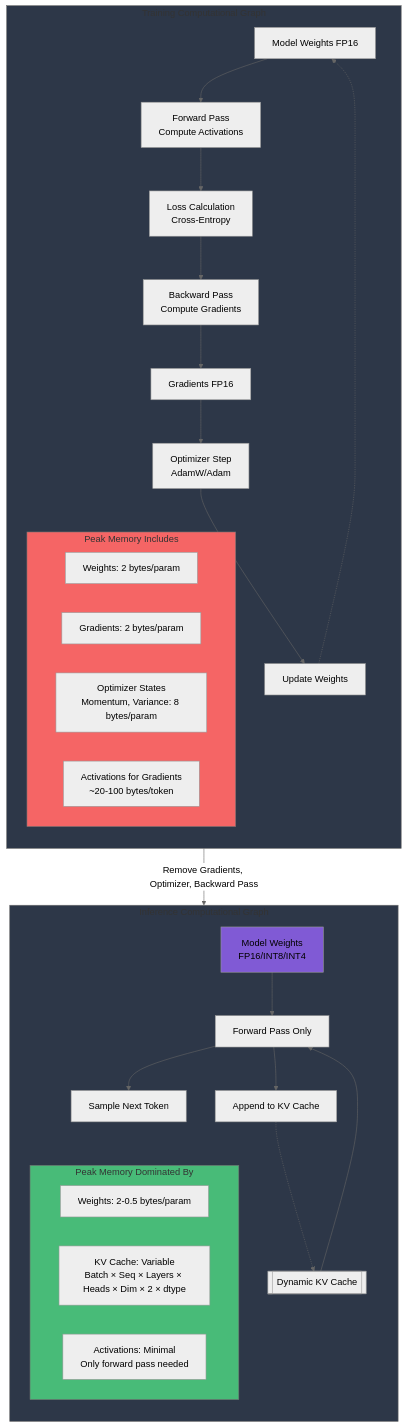
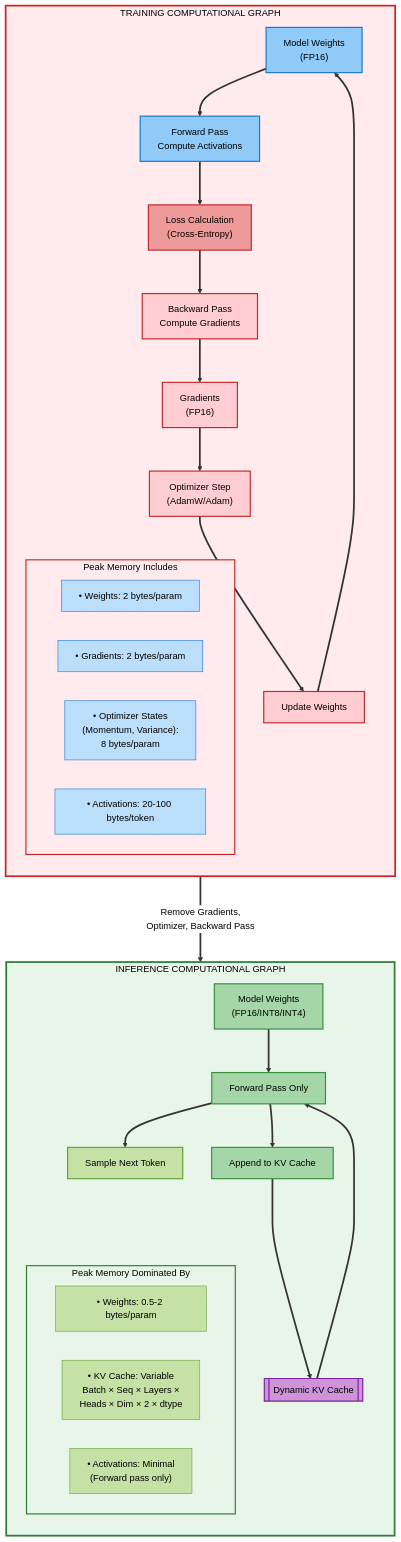
One commit to Shahriarin2garden/vllm_from_scratch changed the third of 9 diagrams in lab0.1/README.md. Above: the diagram before and after it, drawn with Mermaid (neutral theme). The commit also changed other lines of this file and 2 other files, not shown here.

````diff
--- a/lab0.1/README.md
+++ b/lab0.1/README.md
@@ -213,44 +270,64 @@
 ```mermaid
 flowchart TD
-    subgraph Training_Graph [Training Computational Graph]
+    subgraph Training_Graph [" TRAINING COMPUTATIONAL GRAPH "]
         direction TB
-        TG_Weights[Model Weights FP16] --> TG_FP[Forward Pass<br/>Compute Activations];
-        TG_FP --> TG_Loss[Loss Calculation<br/>Cross-Entropy];
-        TG_Loss --> TG_BP[Backward Pass<br/>Compute Gradients];
-        TG_BP --> TG_Grad[Gradients FP16];
-        TG_Grad --> TG_Opt[Optimizer Step<br/>AdamW/Adam];
-        TG_Opt --> TG_Update[Update Weights];
-        TG_Update -.-> TG_Weights;
+        TG_Weights["Model Weights<br/>(FP16)"] --> TG_FP["Forward Pass<br/>Compute Activations"];
+        TG_FP --> TG_Loss["Loss Calculation<br/>(Cross-Entropy)"];
+        TG_Loss --> TG_BP["Backward Pass<br/>Compute Gradients"];
+        TG_BP --> TG_Grad["Gradients<br/>(FP16)"];
+        TG_Grad --> TG_Opt["Optimizer Step<br/>(AdamW/Adam)"];
+        TG_Opt --> TG_Update["Update Weights"];
+        TG_Update ===> TG_Weights;
 
-        subgraph TG_Mem [Peak Memory Includes]
-            M1[Weights: 2 bytes/param]
-            M2[Gradients: 2 bytes/param]
-            M3["Optimizer States<br/>Momentum, Variance: 8 bytes/param"]
-            M4[Activations for Gradients<br/>~20-100 bytes/token]
+        subgraph TG_Mem [" Peak Memory Includes "]
+            M1["• Weights: 2 bytes/param"]
+            M2["• Gradients: 2 bytes/param"]
+            M3["• Optimizer States<br/>  (Momentum, Variance):<br/>  8 bytes/param"]
+            M4["• Activations: 20-100 bytes/token"]
         end
     end
 
-    subgraph Inference_Graph [Inference Computational Graph]
+    subgraph Inference_Graph [" INFERENCE COMPUTATIONAL GRAPH "]
         direction TB
-        IG_Weights["Model Weights<br/>FP16/INT8/INT4"] --> IG_FP[Forward Pass Only];
-        IG_KV[[Dynamic KV Cache]] --> IG_FP;
-        IG_FP --> IG_Sample[Sample Next Token];
-        IG_FP --> IG_UpdateKV[Append to KV Cache];
-        IG_UpdateKV -.-> IG_KV;
+        IG_Weights["Model Weights<br/>(FP16/INT8/INT4)"] --> IG_FP["Forward Pass Only"];
+        IG_KV[["Dynamic KV Cache"]] ==> IG_FP;
+        IG_FP --> IG_Sample["Sample Next Token"];
+        IG_FP --> IG_UpdateKV["Append to KV Cache"];
+        IG_UpdateKV ===> IG_KV;
 
-        subgraph IG_Mem [Peak Memory Dominated By]
-            M5["Weights: 2-0.5 bytes/param"]
-            M6["KV Cache: Variable<br/>Batch × Seq × Layers × Heads × Dim × 2 × dtype"]
-            M7[Activations: Minimal<br/>Only forward pass needed]
+        subgraph IG_Mem [" Peak Memory Dominated By "]
+            M5["• Weights: 0.5-2 bytes/param"]
+            M6["• KV Cache: Variable<br/>  Batch × Seq × Layers ×<br/>  Heads × Dim × 2 × dtype"]
+            M7["• Activations: Minimal<br/>  (Forward pass only)"]
         end
     end
 
-    Training_Graph -- "Remove Gradients, Optimizer, Backward Pass" --> Inference_Graph;
+    Training_Graph ===>|"Remove Gradients,<br/>Optimizer, Backward Pass"| Inference_Graph;
 
-    style Training_Graph fill:#2d3748
-    style Inference_Graph fill:#2d3748
-    style TG_Mem fill:#f56565
-    style IG_Mem fill:#48bb78
-    style IG_Weights fill:#805ad5
+    linkStyle default stroke:#333,stroke-width:3px
+
+    style Training_Graph fill:#ffebee,stroke:#c62828,stroke-width:3px,color:#000
+    style Inference_Graph fill:#e8f5e9,stroke:#2e7d32,stroke-width:3px,color:#000
+    style TG_Weights fill:#90caf9,stroke:#1976d2,stroke-width:2px,color:#000
+    style TG_FP fill:#90caf9,stroke:#1976d2,stroke-width:2px,color:#000
+    style TG_Loss fill:#ef9a9a,stroke:#c62828,stroke-width:2px,color:#000
+    style TG_BP fill:#ffcdd2,stroke:#c62828,stroke-width:2px,color:#000
+    style TG_Grad fill:#ffcdd2,stroke:#c62828,stroke-width:2px,color:#000
+    style TG_Opt fill:#ffcdd2,stroke:#c62828,stroke-width:2px,color:#000
+    style TG_Update fill:#ffcdd2,stroke:#c62828,stroke-width:2px,color:#000
+    style TG_Mem fill:#ffebee,stroke:#c62828,stroke-width:2px,color:#000
+    style IG_Weights fill:#a5d6a7,stroke:#388e3c,stroke-width:2px,color:#000
+    style IG_FP fill:#a5d6a7,stroke:#388e3c,stroke-width:2px,color:#000
+    style IG_KV fill:#ce93d8,stroke:#7b1fa2,stroke-width:2px,color:#000
+    style IG_Sample fill:#c5e1a5,stroke:#689f38,stroke-width:2px,color:#000
+    style IG_UpdateKV fill:#a5d6a7,stroke:#388e3c,stroke-width:2px,color:#000
+    style IG_Mem fill:#e8f5e9,stroke:#2e7d32,stroke-width:2px,color:#000
+    style M1 fill:#bbdefb,stroke:#1976d2,stroke-width:1px,color:#000
+    style M2 fill:#bbdefb,stroke:#1976d2,stroke-width:1px,color:#000
+    style M3 fill:#bbdefb,stroke:#1976d2,stroke-width:1px,color:#000
+    style M4 fill:#bbdefb,stroke:#1976d2,stroke-width:1px,color:#000
+    style M5 fill:#c5e1a5,stroke:#689f38,stroke-width:1px,color:#000
+    style M6 fill:#c5e1a5,stroke:#689f38,stroke-width:1px,color:#000
+    style M7 fill:#c5e1a5,stroke:#689f38,stroke-width:1px,color:#000
 
 ```
````
